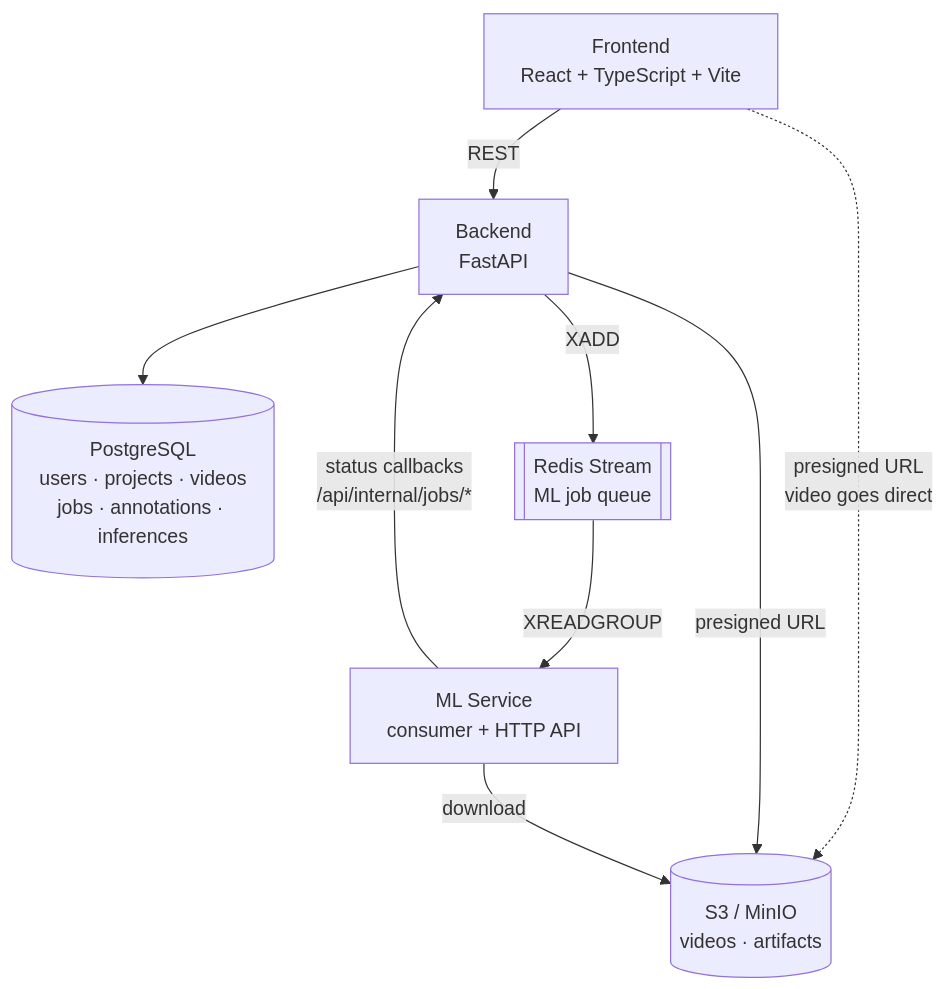
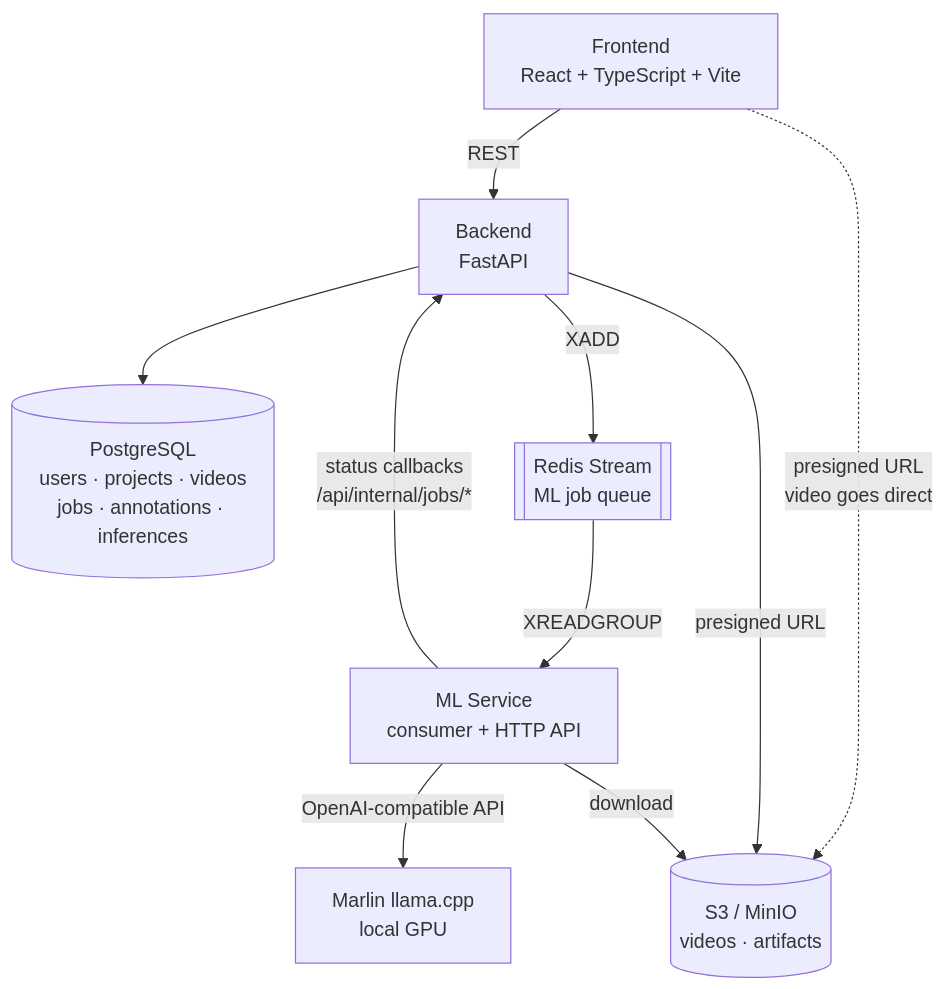
One commit to sadjava/boundr changed the first of 6 diagrams in docs/diagrams.md. Above: the diagram before and after it, drawn with Mermaid. The commit also changed other lines of this file and 7 other files, not shown here.

````diff
--- a/docs/diagrams.md
+++ b/docs/diagrams.md
@@ -6,18 +6,20 @@
 ```mermaid
 flowchart TB
     UI["Frontend<br/>React + TypeScript + Vite"]
     BE["Backend<br/>FastAPI"]
     PG[("PostgreSQL<br/>users · projects · videos<br/>jobs · annotations · inferences")]
     RD[["Redis Stream<br/>ML job queue"]]
     S3[("S3 / MinIO<br/>videos · artifacts")]
     ML["ML Service<br/>consumer + HTTP API"]
+    MAR["Marlin llama.cpp<br/>local GPU"]
 
     UI -->|REST| BE
     UI -.->|"presigned URL<br/>video goes direct"| S3
     BE --> PG
     BE -->|XADD| RD
     BE -->|presigned URL| S3
     RD -->|XREADGROUP| ML
     ML -->|download| S3
+    ML -->|OpenAI-compatible API| MAR
     ML -->|"status callbacks<br/>/api/internal/jobs/*"| BE
 ```
````
